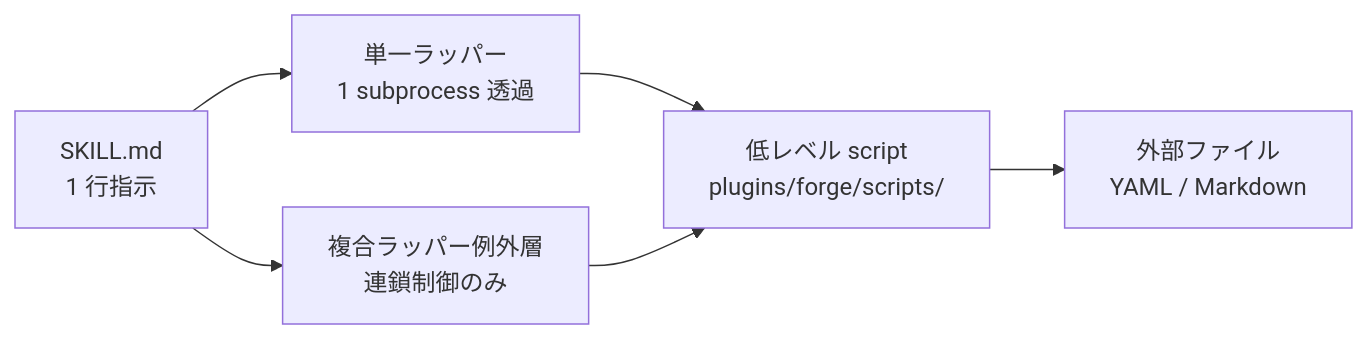
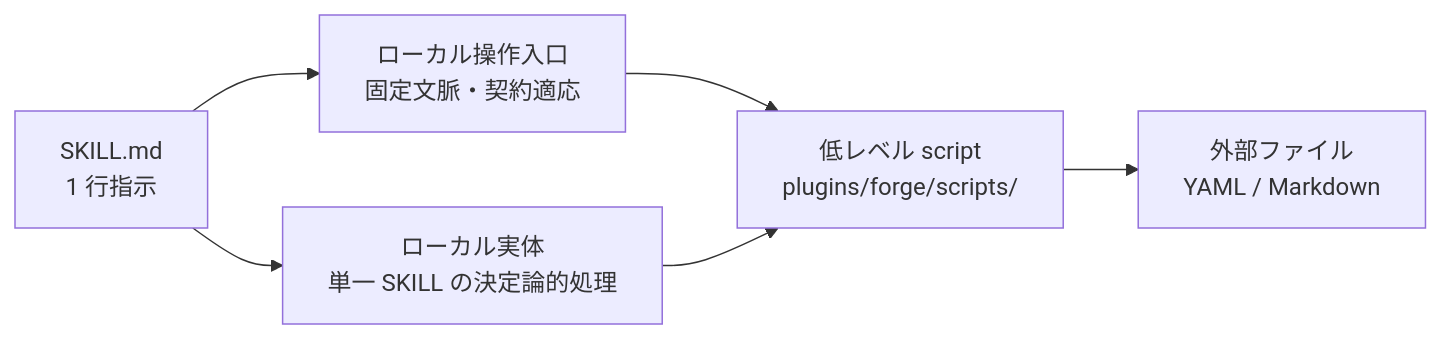
The first of 2 diagrams in docs/specs/forge/design/DES-024_skill_script_layout_design.md (BlueEventHorizon/bw-cc-plugins), drawn with Mermaid before and after one commit. The commit also changed other lines of this file and 49 other files, not shown here.

````diff
--- a/docs/specs/forge/design/DES-024_skill_script_layout_design.md
+++ b/docs/specs/forge/design/DES-024_skill_script_layout_design.md
@@ -177,13 +190,13 @@
 ```mermaid
 flowchart LR
     SKILL[SKILL.md<br/>1 行指示]
-    W1[単一ラッパー<br/>1 subprocess 透過]
-    W2[複合ラッパー例外層<br/>連鎖制御のみ]
+    W1[ローカル操作入口<br/>固定文脈・契約適応]
+    W2[ローカル実体<br/>単一 SKILL の決定論的処理]
     LL[低レベル script<br/>plugins/forge/scripts/]
     FS[外部ファイル<br/>YAML / Markdown]
     SKILL --> W1
     SKILL --> W2
     W1 --> LL
     W2 --> LL
     LL --> FS
 ```
````
